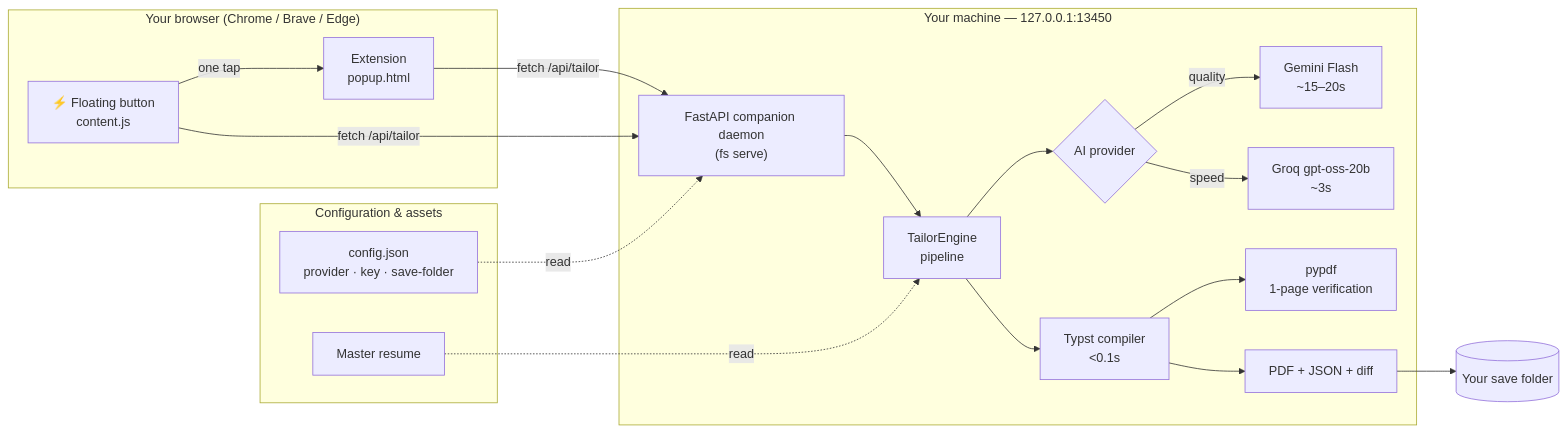
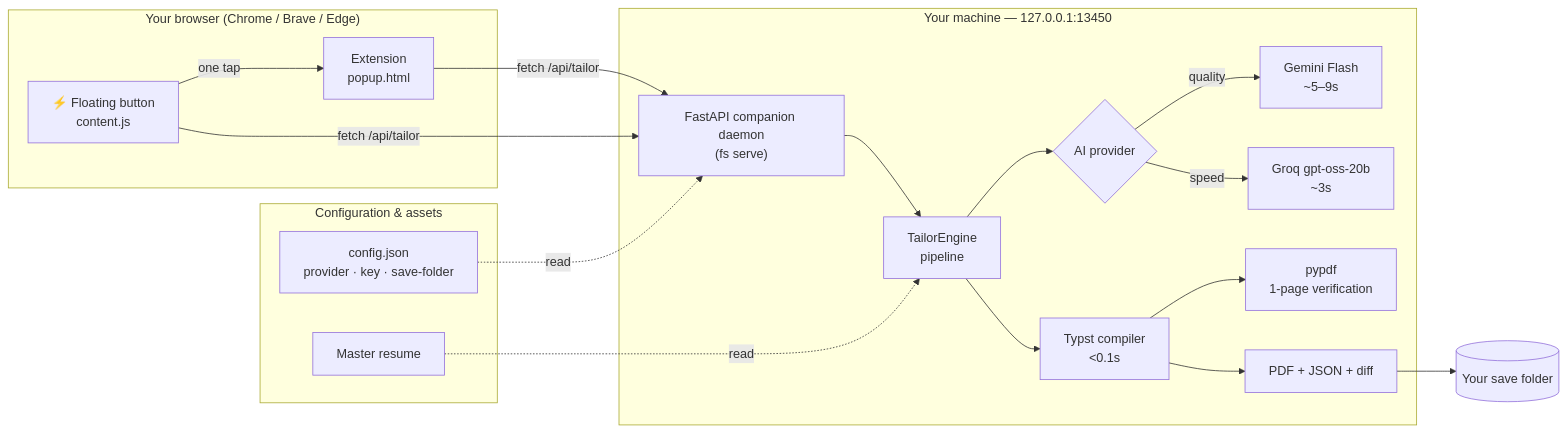
One commit to PavanBollepalli/flash-resume changed the diagram in README.md. Above: the diagram before and after it, drawn with Mermaid. The commit also changed other lines of this file and 3 other files, not shown here.

````diff
--- a/README.md
+++ b/README.md
@@ -69,26 +71,26 @@
 ```mermaid
 flowchart LR
     subgraph Browser["Your browser (Chrome / Brave / Edge)"]
         FAB["⚡ Floating button<br/>content.js"] -->|"one tap"| EXT["Extension<br/>popup.html"]
     end
 
     subgraph Local["Your machine — 127.0.0.1:13450"]
         API["FastAPI companion daemon<br/>(fs serve)"] --> TAILOR["TailorEngine<br/>pipeline"]
         TAILOR --> LLM{"AI provider"}
-        LLM -->|quality| GEM["Gemini Flash<br/>~15–20s"]
+        LLM -->|quality| GEM["Gemini Flash<br/>~5–9s"]
         LLM -->|speed| GROQ["Groq gpt-oss-20b<br/>~3s"]
         TAILOR --> TYPST["Typst compiler<br/><0.1s"] --> PYPDF["pypdf<br/>1-page verification"]
         TYPST --> PDF["PDF + JSON + diff"]
     end
 
     EXT -->|fetch /api/tailor| API
     FAB -->|fetch /api/tailor| API
     PDF --> SAVE[("Your save folder")]
 
     subgraph Config["Configuration & assets"]
         CFG["config.json<br/>provider · key · save-folder"]
         RES["Master resume"]
         CFG -.->|read| API
         RES -.->|read| TAILOR
     end
 ```
````
